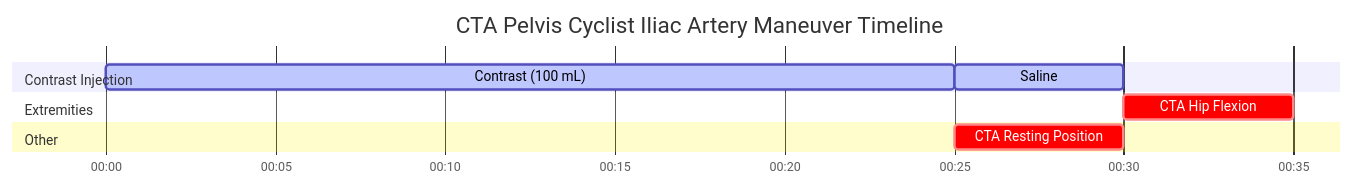
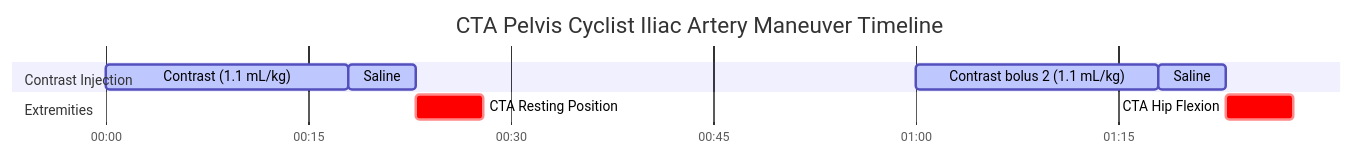
The diagram in docs/ct/vascular/cta-pelvis-cyclist-iliac-artery-maneuver.md (dfergs93/radiology-protocols), drawn with Mermaid before and after one commit. The commit also changed other lines of this file and 47 other files, not shown here.

Commit message:
Restore protocol files from main and add acquisition-diagram placeholders; default contrast duration to 30s when missing

````diff
--- a/docs/ct/vascular/cta-pelvis-cyclist-iliac-artery-maneuver.md
+++ b/docs/ct/vascular/cta-pelvis-cyclist-iliac-artery-maneuver.md
@@ -84,20 +85,21 @@
   ```mermaid
   ---
   displayMode: compact
   config:
     theme: default
     themeCSS: " #Saline{ fill: #4ed5ff; stroke: #2094f3; } "
   ---
     gantt
       title CTA Pelvis Cyclist Iliac Artery Maneuver Timeline
       dateFormat mm:ss
       axisFormat %M:%S 
       
       section Contrast Injection
-      Contrast (100 mL)    :active, contrast, 00:00, 25s
+      Contrast (1.1 mL/kg)    :active, contrast, 00:00, 18s
       Saline          :active, saline, after contrast, 5s
+      Contrast bolus 2 (1.1 mL/kg)  :active, contrast2, 01:00, 18s
+      Saline                  :active, saline2, after contrast2, 5s
       section Extremities
-      CTA Hip Flexion    :crit, scan1, after saline, 5s
-      section Other
-      CTA Resting Position    :crit, scan2, after contrast, 5s
+      CTA Resting Position    :crit, scan1, after saline, 5s
+      CTA Hip Flexion    :crit, scan2, after saline2, 5s
   ```
````
